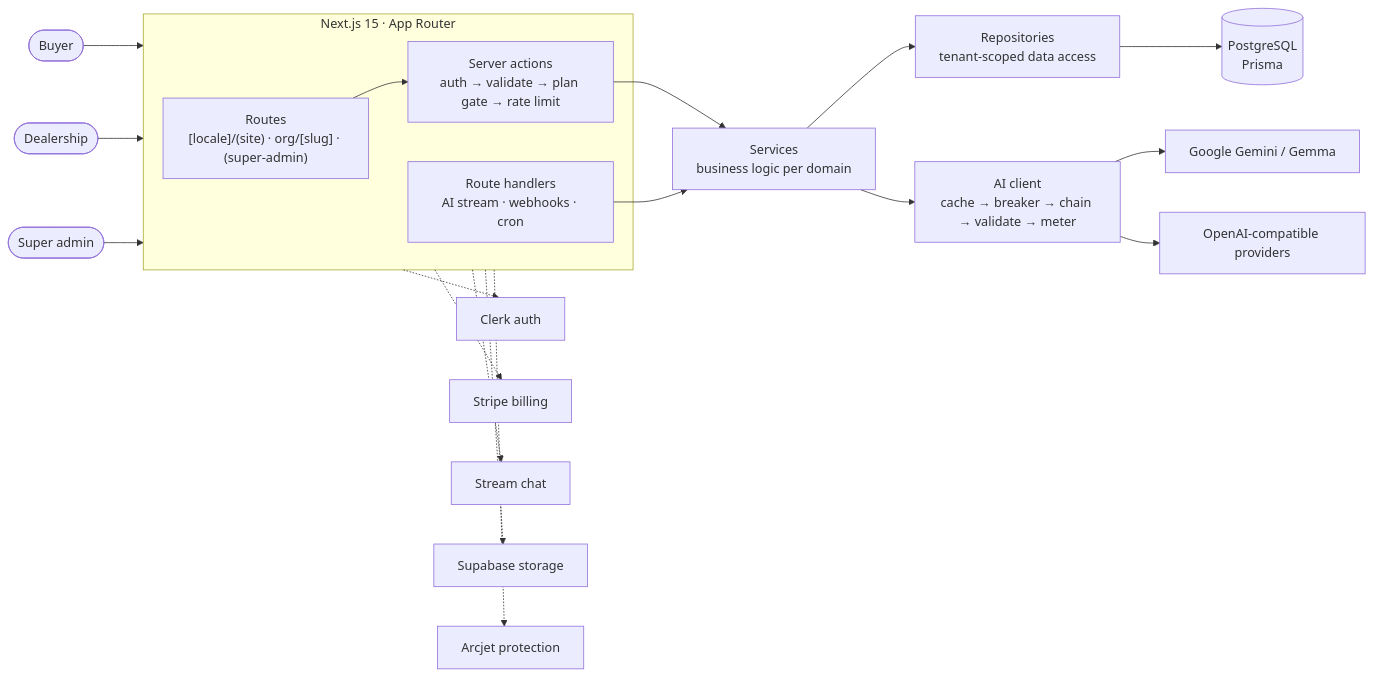
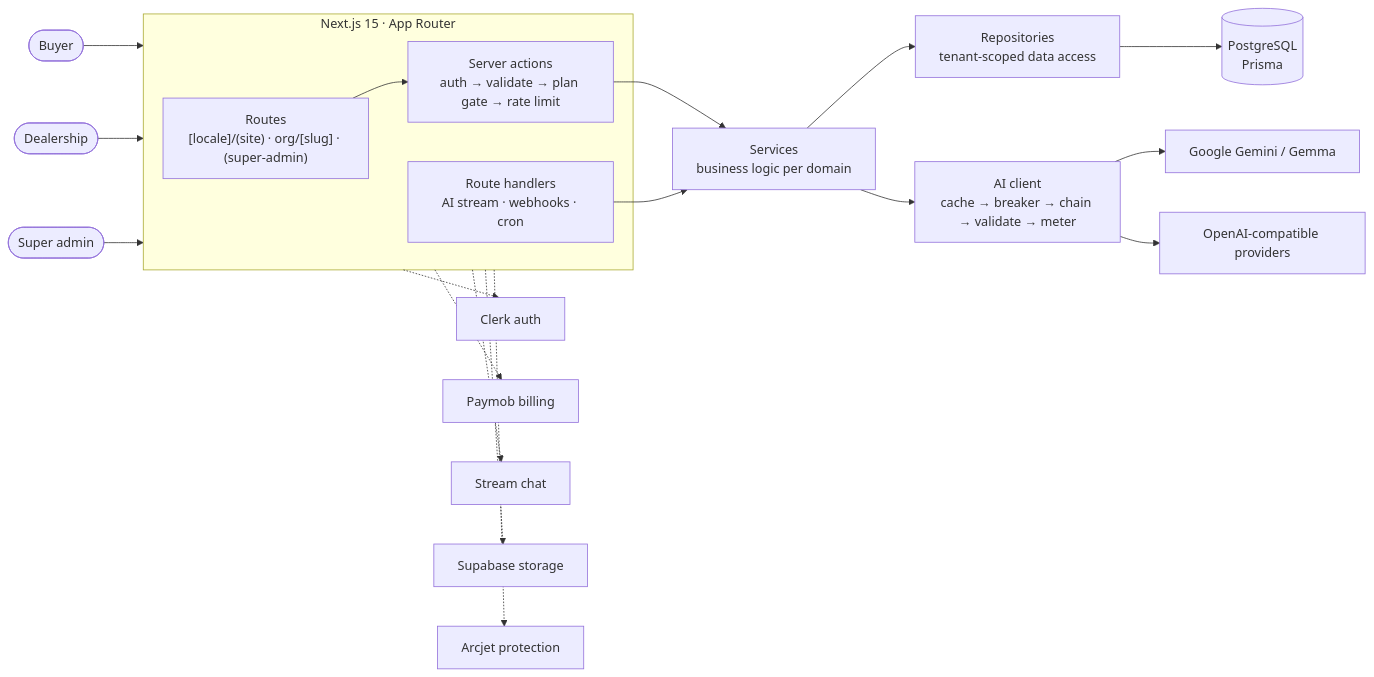
The first of 3 diagrams in README.md (mahmoud-abo-al-ela/AutoMe), drawn with Mermaid before and after one commit. The commit also changed other lines of this file, not shown here.

First line of the commit message:
docs: the README describes Paymob billing

````diff
--- a/README.md
+++ b/README.md
@@ -57,18 +57,18 @@
 ```mermaid
 flowchart LR
     Buyer([Buyer]) & Dealer([Dealership]) & Admin([Super admin]) --> Web
 
     subgraph Web["Next.js 15 · App Router"]
         Routes["Routes<br/>[locale]/(site) · org/[slug] · (super-admin)"]
         Actions["Server actions<br/>auth → validate → plan gate → rate limit"]
         API["Route handlers<br/>AI stream · webhooks · cron"]
     end
 
     Routes --> Actions --> Services["Services<br/>business logic per domain"]
     API --> Services
     Services --> Repos["Repositories<br/>tenant-scoped data access"] --> DB[(PostgreSQL<br/>Prisma)]
     Services --> AI["AI client<br/>cache → breaker → chain → validate → meter"]
     AI --> Gemini["Google Gemini / Gemma"] & Gateway["OpenAI-compatible providers"]
 
-    Web -.-> Clerk["Clerk auth"] & Stripe["Stripe billing"] & Stream["Stream chat"] & Supabase["Supabase storage"] & Arcjet["Arcjet protection"]
+    Web -.-> Clerk["Clerk auth"] & Paymob["Paymob billing"] & Stream["Stream chat"] & Supabase["Supabase storage"] & Arcjet["Arcjet protection"]
 ```
````
